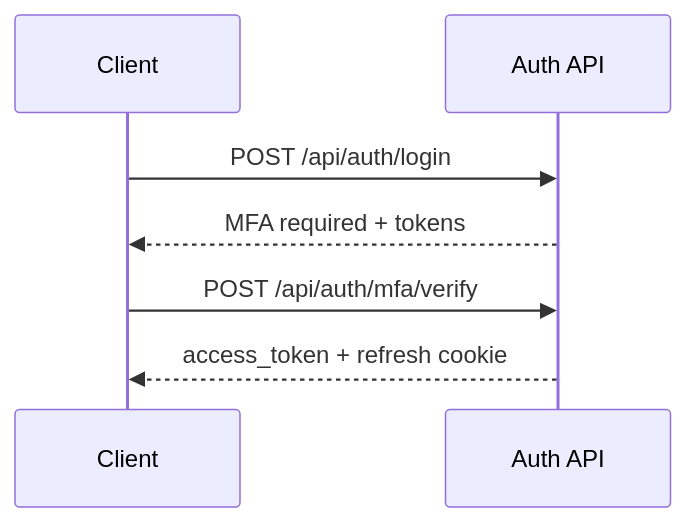
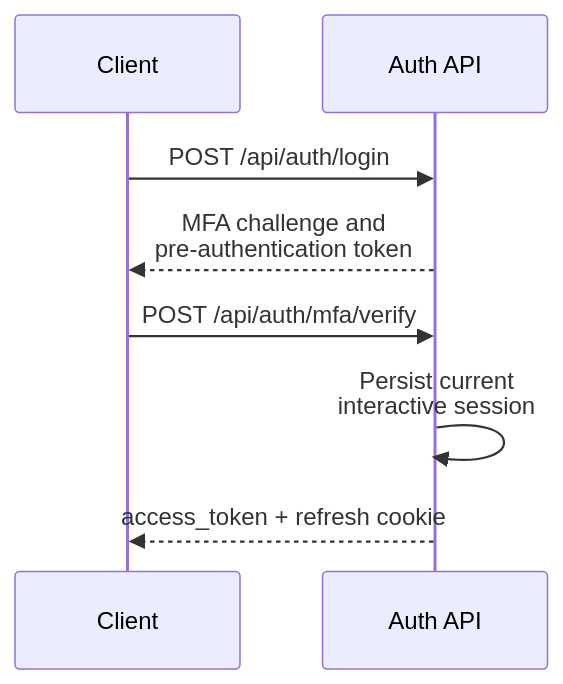
Before and after one commit to DevSkyLex/fireguard-api: the first of 2 diagrams in src/Auth/MODULE.md, drawn with Mermaid. The commit also changed other lines of this file and 22 other files, not shown here.

Commit message:
docs: repair and explain Mermaid workflow diagrams

````diff
--- a/src/Auth/MODULE.md
+++ b/src/Auth/MODULE.md
@@ -275,9 +275,15 @@
 ```mermaid
+---
+config:
+  sequence:
+    wrap: true
+---
 sequenceDiagram
   participant C as Client
   participant A as Auth API
   C->>A: POST /api/auth/login
-  A-->>C: MFA required + tokens
+  A-->>C: MFA challenge and pre-authentication token
   C->>A: POST /api/auth/mfa/verify
+  A->>A: Persist current interactive session
   A-->>C: access_token + refresh cookie
 ```
````
